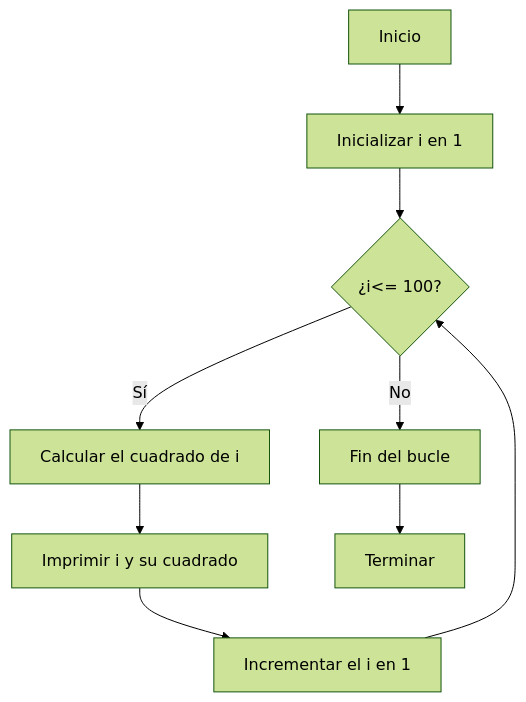
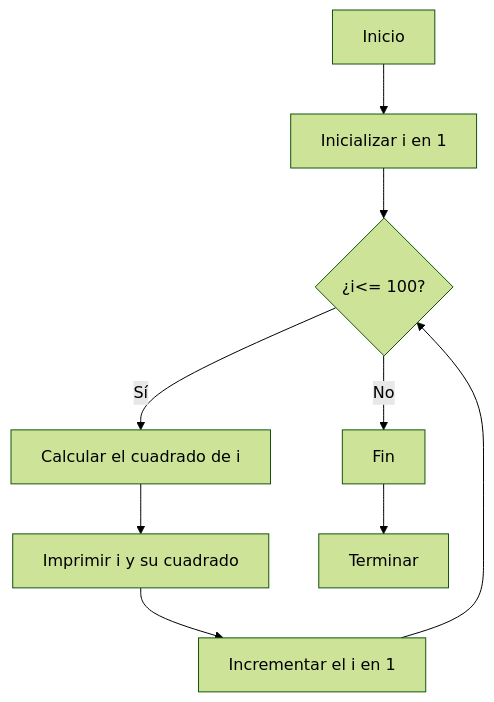
The first of 2 diagrams in README.md (jmarciales/Reto-N6), drawn with Mermaid (forest theme) before and after one commit. The commit also changed other lines of this file, not shown here.

````diff
--- a/README.md
+++ b/README.md
@@ -4,11 +4,11 @@
 ```mermaid
 graph TD
     A[Inicio] --> B[Inicializar i en 1]
     B --> C{¿i<= 100?}
     C -->|Sí| D[Calcular el cuadrado de i]
     D --> E[Imprimir i y su cuadrado]
     E --> F[Incrementar el i en 1]
     F --> C
-    C -->|No| G[Fin del bucle]
+    C -->|No| G[Fin]
     G --> H[Terminar]
 ```
````
